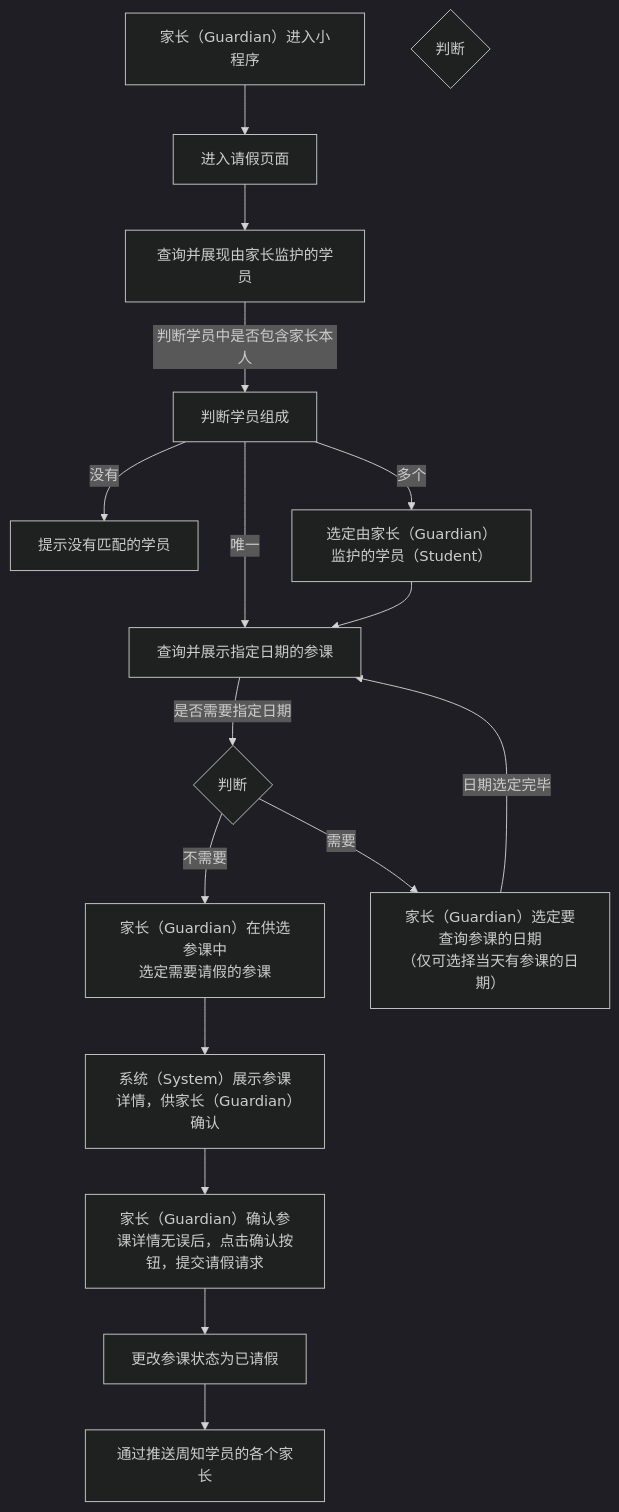
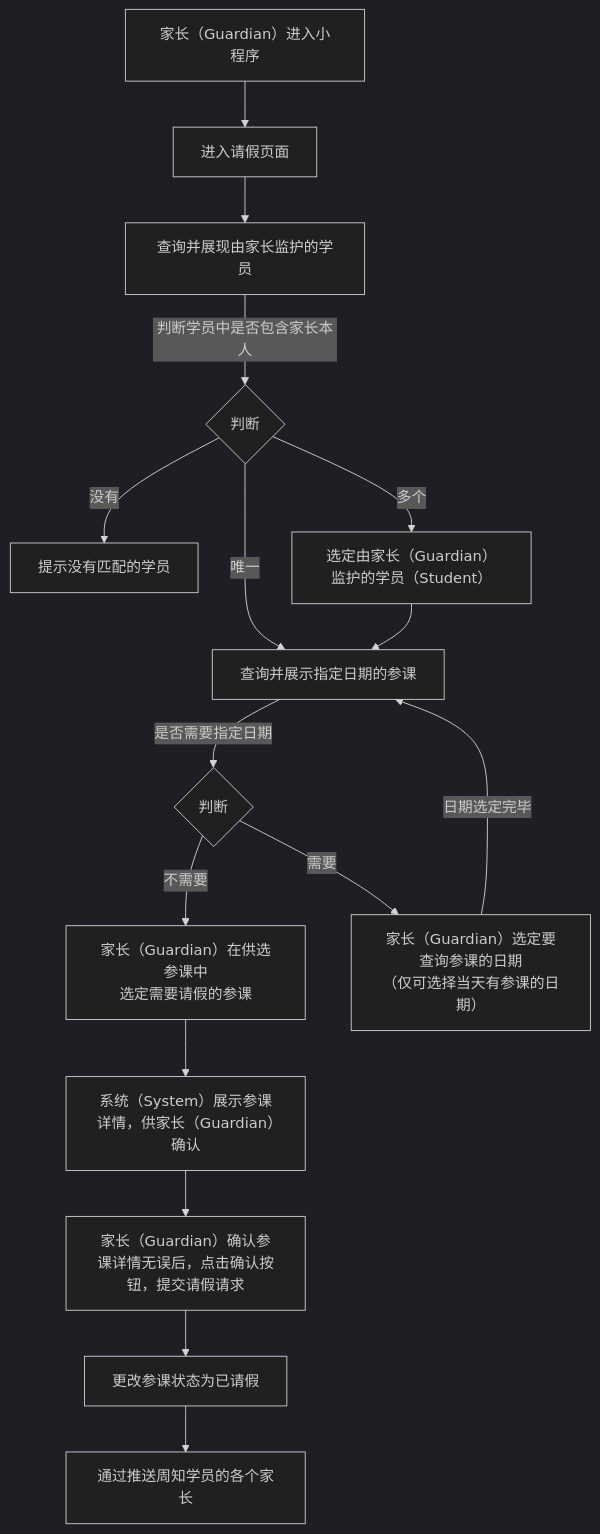
The second of 2 diagrams in 用例/请假.md (world-wide-web/sign), drawn with Mermaid (dark theme) before and after one commit. The commit also changed other lines of this file, not shown here.

````diff
--- a/用例/请假.md
+++ b/用例/请假.md
@@ -60,50 +60,50 @@
 ```mermaid
 graph TD
 
 进入小程序-->进入请假页面
 
 进入请假页面-->查询并展现由家长监护的学员
 
 查询并展现由家长监护的学员--判断学员中是否包含家长本人-->判断学员组成
 
 判断学员组成--没有-->提示没有匹配的学员
 
 判断学员组成--唯一-->查询并展示指定日期的参课
 
 判断学员组成--多个-->选定学员
 
 选定学员-->查询并展示指定日期的参课
 
 查询并展示指定日期的参课--是否需要指定日期-->决定是否需要指定日期
 
 决定是否需要指定日期--不需要-->选定参课
 
 决定是否需要指定日期--需要-->选定日期
 
 选定日期--日期选定完毕-->查询并展示指定日期的参课
 
 选定参课-->展示参课详情
 
 展示参课详情-->提交请假请求
 
 提交请假请求-->更改参课状态为已请假
 
 更改参课状态为已请假-->通过推送周知学员的各个家长
 
 进入小程序["<center>家长（Guardian）进入小程序</center>"]
 
-判断学员数量{"<center>判断</center>"}
+判断学员组成{"<center>判断</center>"}
 
 选定学员["<center>选定由家长（Guardian）监护的学员（Student）</center>"]
 
 决定是否需要指定日期{"<center>判断</center>"}
 
 选定日期["<center>家长（Guardian）选定要查询参课的日期<br>（仅可选择当天有参课的日期）</center>"]
 
 选定参课["<center>家长（Guardian）在供选参课中<br>选定需要请假的参课</center>"]
 
 展示参课详情["<center>系统（System）展示参课详情，供家长（Guardian）确认</center>"]
 
 提交请假请求["<center>家长（Guardian）确认参课详情无误后，点击确认按钮，提交请假请求</center>"]
 
 ```
````
